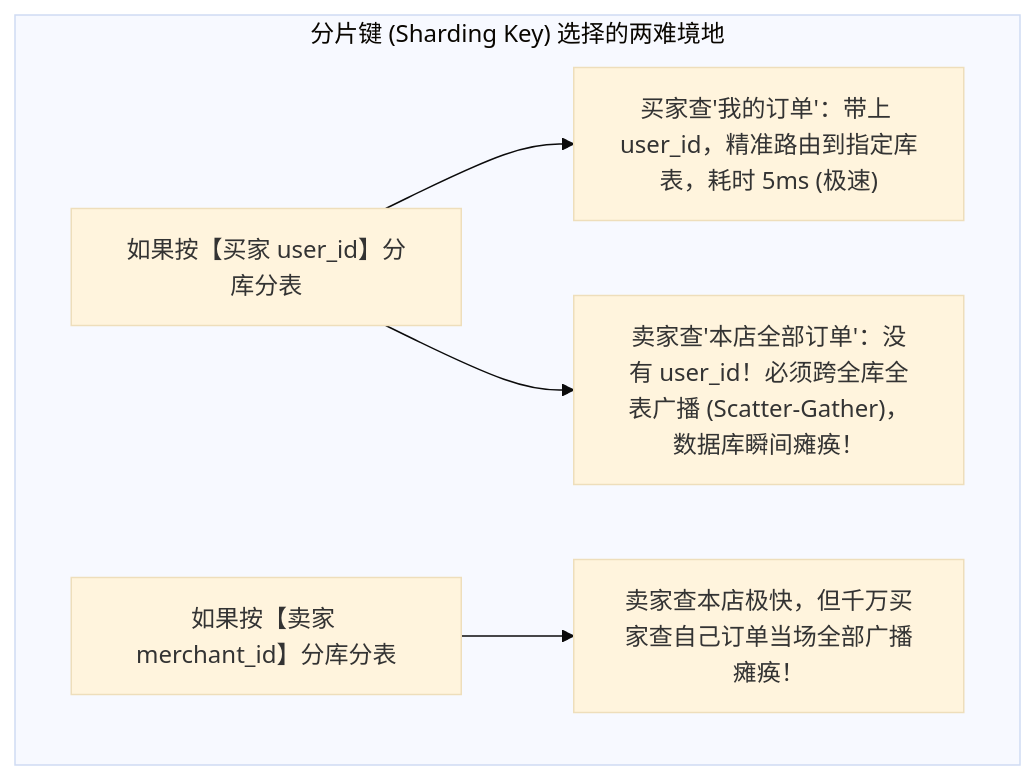
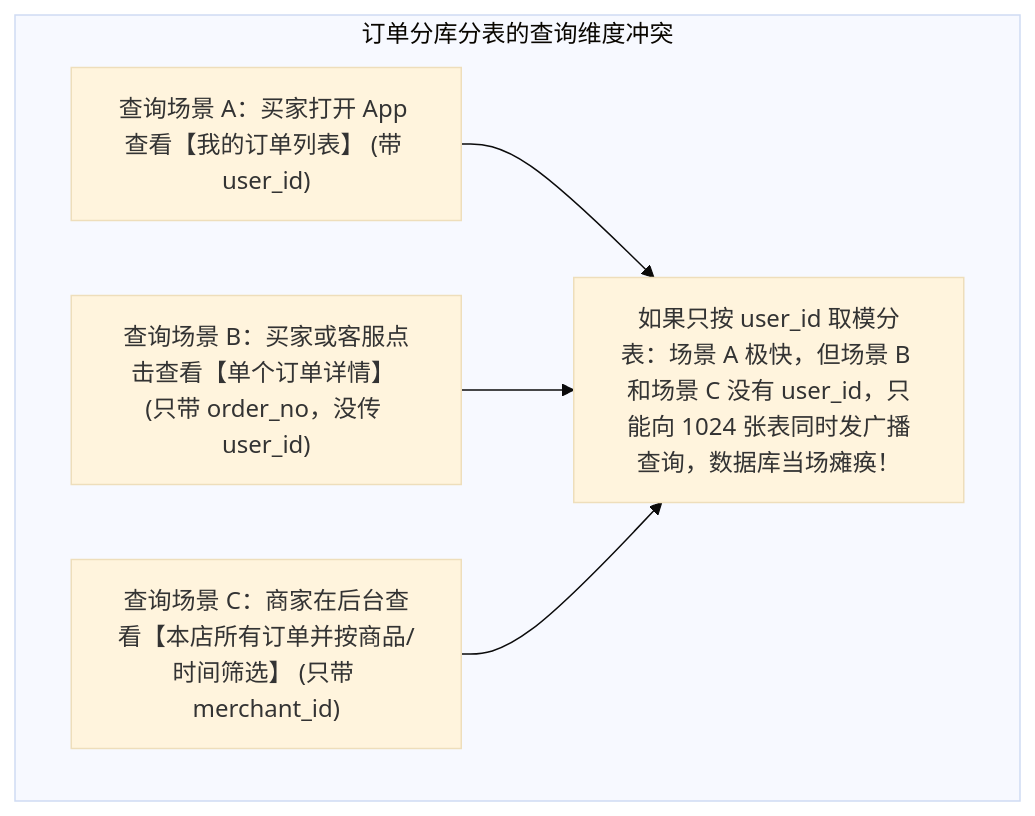
The third of 3 diagrams in 20-Java后端/08-系统设计/07-订单系统设计.md (GuoWWWX/knowledge-base), drawn with Mermaid (base theme) before and after one commit. The commit also changed other lines of this file and 251 other files, not shown here.

````diff
--- a/20-Java后端/08-系统设计/07-订单系统设计.md
+++ b/20-Java后端/08-系统设计/07-订单系统设计.md
@@ -118,9 +197,11 @@
 ```mermaid
-graph TD
-    subgraph Dilemma["分片键 (Sharding Key) 选择的两难境地"]
-        C1["如果按【买家 user_id】分库分表"] --> C2["买家查'我的订单'：带上 user_id，精准路由到指定库表，耗时 5ms (极速)"]
-        C1 --> C3["卖家查'本店全部订单'：没有 user_id！必须跨全库全表广播 (Scatter-Gather)，数据库瞬间瘫痪！"]
-        
-        S1["如果按【卖家 merchant_id】分库分表"] --> S2["卖家查本店极快，但千万买家查自己订单当场全部广播瘫痪！"]
+flowchart TD
+    subgraph Dilemma["订单分库分表的查询维度冲突"]
+        Q1["查询场景 A：买家打开 App 查看【我的订单列表】 (带 user_id)"]
+        Q2["查询场景 B：买家或客服点击查看【单个订单详情】 (只带 order_no，没传 user_id)"]
+        Q3["查询场景 C：商家在后台查看【本店所有订单并按商品/时间筛选】 (只带 merchant_id)"]
+
+        Problem["如果只按 user_id 取模分表：场景 A 极快，但场景 B 和场景 C 没有 user_id，只能向 1024 张表同时发广播查询，数据库当场瘫痪！"]
+        Q1 & Q2 & Q3 --> Problem
     end
 ```
````
